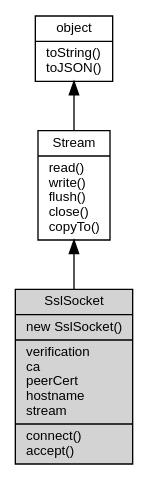
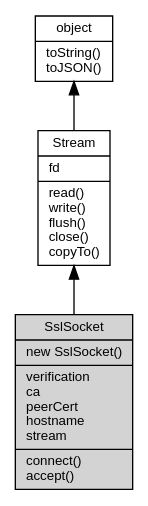
Before and after one commit to fibjs/fibjs.org: the diagram in docs/manual/object/ifs/SslSocket.md, drawn with Graphviz. The commit also changed other lines of this file and 49 other files, not shown here.

````diff
--- a/docs/manual/object/ifs/SslSocket.md
+++ b/docs/manual/object/ifs/SslSocket.md
@@ -11,12 +11,12 @@
 ```dot
 digraph {
     node [fontname="Helvetica,sans-Serif", fontsize=10, shape="record", style="filled", fillcolor="white"];
 
     object [tooltip="object", URL="object.md", label="{object|toString()\ltoJSON()\l}"];
-    Stream [tooltip="Stream", URL="Stream.md", label="{Stream|read()\lwrite()\lflush()\lclose()\lcopyTo()\l}"];
+    Stream [tooltip="Stream", URL="Stream.md", label="{Stream|fd\l|read()\lwrite()\lflush()\lclose()\lcopyTo()\l}"];
     SslSocket [tooltip="SslSocket", fillcolor="lightgray", id="me", label="{SslSocket|new SslSocket()\l|verification\lca\lpeerCert\lhostname\lstream\l|connect()\laccept()\l}"];
 
     object -> Stream [dir=back];
     Stream -> SslSocket [dir=back];
 }
 ```
````
